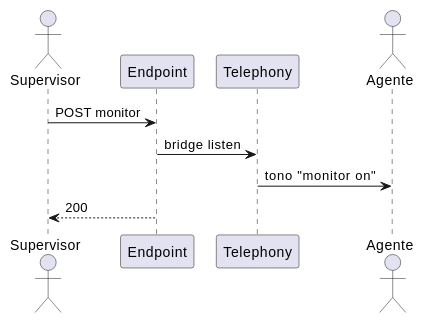
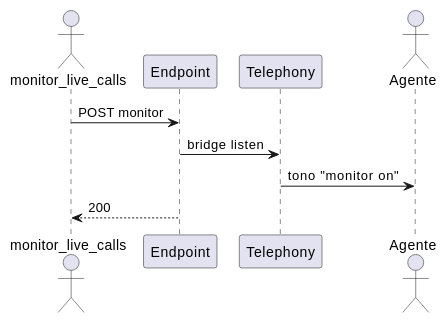
Before and after one commit to jcg-admin/IACT-docs: the fourth of 4 diagrams in source/requisitos/casos-uso/supervision/uc-sup-01/diagramas-uml.rst, drawn with PlantUML. The commit also changed other lines of this file and 77 other files, not shown here.

First line of the commit message:
Enforce RBAC function names as actors in all UML diagrams

```diff
--- a/source/requisitos/casos-uso/supervision/uc-sup-01/diagramas-uml.rst
+++ b/source/requisitos/casos-uso/supervision/uc-sup-01/diagramas-uml.rst
@@ -62,12 +62,12 @@
 .. uml::
 
  @startuml
- actor "Supervisor" as S
+ actor "monitor_live_calls" as S
  participant "Endpoint" as E
  participant "Telephony" as T
  actor "Agente" as A
  S -> E: POST monitor
  E -> T: bridge listen
  T -> A: tono "monitor on"
  E --> S: 200
  @enduml
```
